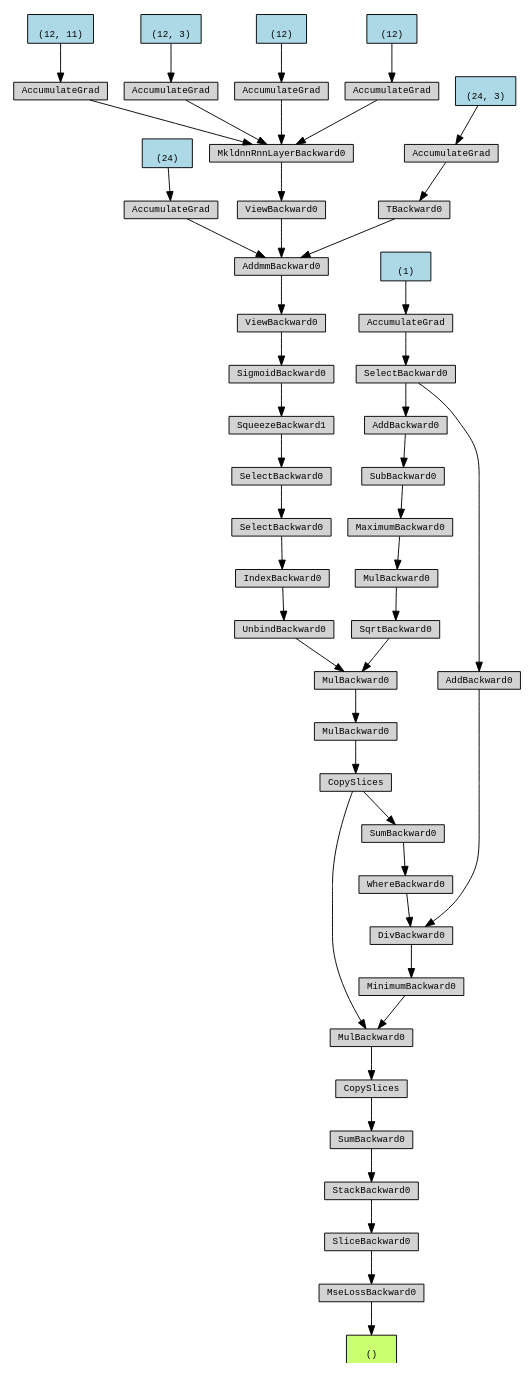
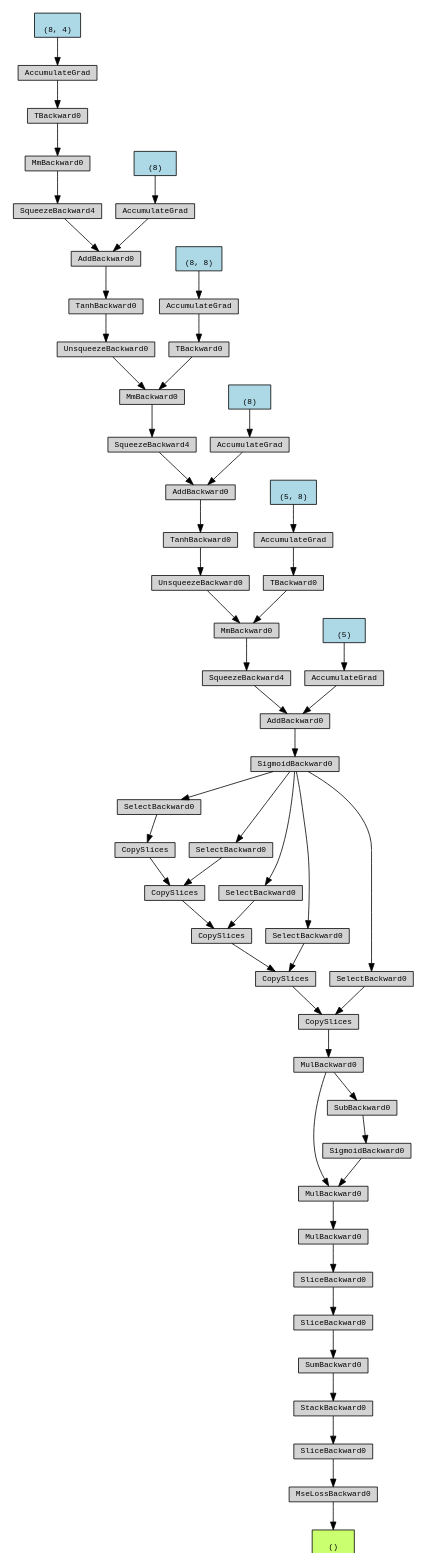
Before and after one commit to jmframe/nash_cascade_neural_network: the diagram in Digraph.gv, drawn with Graphviz. The commit also changed 9 other files, not shown here.

```diff
--- a/Digraph.gv
+++ b/Digraph.gv
@@ -1,105 +1,117 @@
 digraph {
-	graph [size="13.95,13.95"]
+	graph [size="15.899999999999999,15.899999999999999"]
 	node [align=left fontname=monospace fontsize=10 height=0.2 ranksep=0.1 shape=box style=filled]
-	140646855805344 [label="
+	139620082646240 [label="
  ()" fillcolor=darkolivegreen1]
-	140646691323968 [label=MseLossBackward0]
-	140646691325408 -> 140646691323968
-	140646691325408 [label=SliceBackward0]
-	140646691324496 -> 140646691325408
-	140646691324496 [label=StackBackward0]
-	140646691324016 -> 140646691324496
-	140646691324016 [label=SumBackward0]
-	140646691325312 -> 140646691324016
-	140646691325312 [label=CopySlices]
-	140646691325216 -> 140646691325312
-	140646691325216 [label=MulBackward0]
-	140646691325120 -> 140646691325216
-	140646691325120 [label=CopySlices]
-	140646691324976 -> 140646691325120
-	140646691324976 [label=MulBackward0]
-	140646691324880 -> 140646691324976
-	140646691324880 [label=MulBackward0]
-	140646691324784 -> 140646691324880
-	140646691324784 [label=UnbindBackward0]
-	140646691324640 -> 140646691324784
-	140646691324640 [label=IndexBackward0]
-	140646691324400 -> 140646691324640
-	140646691324400 [label=SelectBackward0]
-	140646691324304 -> 140646691324400
-	140646691324304 [label=SelectBackward0]
-	140646691324208 -> 140646691324304
-	140646691324208 [label=SqueezeBackward1]
-	140646691324112 -> 140646691324208
-	140646691324112 [label=SigmoidBackward0]
-	140646691325552 -> 140646691324112
-	140646691325552 [label=ViewBackward0]
-	140646691325648 -> 140646691325552
-	140646691325648 [label=AddmmBackward0]
-	140646691325744 -> 140646691325648
-	140646862848464 [label="
- (24)" fillcolor=lightblue]
-	140646862848464 -> 140646691325744
-	140646691325744 [label=AccumulateGrad]
-	140646691325696 -> 140646691325648
-	140646691325696 [label=ViewBackward0]
-	140646691325840 -> 140646691325696
-	140646691325840 [label=MkldnnRnnLayerBackward0]
-	140646691326032 -> 140646691325840
-	140646853257680 [label="
- (12, 11)" fillcolor=lightblue]
-	140646853257680 -> 140646691326032
-	140646691326032 [label=AccumulateGrad]
-	140646691325984 -> 140646691325840
-	140646869815024 [label="
- (12, 3)" fillcolor=lightblue]
-	140646869815024 -> 140646691325984
-	140646691325984 [label=AccumulateGrad]
-	140646691325936 -> 140646691325840
-	140646868924064 [label="
- (12)" fillcolor=lightblue]
-	140646868924064 -> 140646691325936
-	140646691325936 [label=AccumulateGrad]
-	140646691326080 -> 140646691325840
-	140646868910304 [label="
- (12)" fillcolor=lightblue]
-	140646868910304 -> 140646691326080
-	140646691326080 [label=AccumulateGrad]
-	140646691324736 -> 140646691325648
-	140646691324736 [label=TBackward0]
-	140646691326176 -> 140646691324736
-	140646870670352 [label="
- (24, 3)" fillcolor=lightblue]
-	140646870670352 -> 140646691326176
-	140646691326176 [label=AccumulateGrad]
-	140646691324832 -> 140646691324880
-	140646691324832 [label=SqrtBackward0]
-	140646691324352 -> 140646691324832
-	140646691324352 [label=MulBackward0]
-	140646691324160 -> 140646691324352
-	140646691324160 [label=MaximumBackward0]
-	140646691325600 -> 140646691324160
-	140646691325600 [label=SubBackward0]
-	140646691326128 -> 140646691325600
-	140646691326128 [label=AddBackward0]
-	140646691326224 -> 140646691326128
-	140646691326224 [label=SelectBackward0]
-	140646691326320 -> 140646691326224
-	140646848221472 [label="
- (1)" fillcolor=lightblue]
-	140646848221472 -> 140646691326320
-	140646691326320 [label=AccumulateGrad]
-	140646691325168 -> 140646691325216
-	140646691325168 [label=MinimumBackward0]
-	140646691325072 -> 140646691325168
-	140646691325072 [label=DivBackward0]
-	140646691324256 -> 140646691325072
-	140646691324256 [label=AddBackward0]
-	140646691326224 -> 140646691324256
-	140646691324592 -> 140646691325072
-	140646691324592 [label=WhereBackward0]
-	140646691324064 -> 140646691324592
-	140646691324064 [label=SumBackward0]
-	140646691325120 -> 140646691324064
-	140646691323968 -> 140646855805344
+	139620081099264 [label=MseLossBackward0]
+	139620081098880 -> 139620081099264
+	139620081098880 [label=SliceBackward0]
+	139620081099024 -> 139620081098880
+	139620081099024 [label=StackBackward0]
+	139620081099120 -> 139620081099024
+	139620081099120 [label=SumBackward0]
+	139620081098736 -> 139620081099120
+	139620081098736 [label=SliceBackward0]
+	139620081098640 -> 139620081098736
+	139620081098640 [label=SliceBackward0]
+	139620081098544 -> 139620081098640
+	139620081098544 [label=MulBackward0]
+	139620081098448 -> 139620081098544
+	139620081098448 [label=MulBackward0]
+	139620081098208 -> 139620081098448
+	139620081098208 [label=MulBackward0]
+	139620081098064 -> 139620081098208
+	139620081098064 [label=CopySlices]
+	139620081097968 -> 139620081098064
+	139620081097968 [label=CopySlices]
+	139620081097728 -> 139620081097968
+	139620081097728 [label=CopySlices]
+	139620081097584 -> 139620081097728
+	139620081097584 [label=CopySlices]
+	139620081097344 -> 139620081097584
+	139620081097344 [label=CopySlices]
+	139620081099408 -> 139620081097344
+	139620081099408 [label=SelectBackward0]
+	139620081099504 -> 139620081099408
+	139620081099504 [label=SigmoidBackward0]
+	139620081099600 -> 139620081099504
+	139620081099600 [label=AddBackward0]
+	139620081099696 -> 139620081099600
+	139620081099696 [label=SqueezeBackward4]
+	139620081099840 -> 139620081099696
+	139620081099840 [label=MmBackward0]
+	139620081099936 -> 139620081099840
+	139620081099936 [label=UnsqueezeBackward0]
+	139620081100080 -> 139620081099936
+	139620081100080 [label=TanhBackward0]
+	139620081100176 -> 139620081100080
+	139620081100176 [label=AddBackward0]
+	139620081100272 -> 139620081100176
+	139620081100272 [label=SqueezeBackward4]
+	139620081100416 -> 139620081100272
+	139620081100416 [label=MmBackward0]
+	139620081100512 -> 139620081100416
+	139620081100512 [label=UnsqueezeBackward0]
+	139620081100656 -> 139620081100512
+	139620081100656 [label=TanhBackward0]
+	139620081100752 -> 139620081100656
+	139620081100752 [label=AddBackward0]
+	139620081100848 -> 139620081100752
+	139620081100848 [label=SqueezeBackward4]
+	139620081100992 -> 139620081100848
+	139620081100992 [label=MmBackward0]
+	139620081101088 -> 139620081100992
+	139620081101088 [label=TBackward0]
+	139620081101184 -> 139620081101088
+	139620088375840 [label="
+ (8, 4)" fillcolor=lightblue]
+	139620088375840 -> 139620081101184
+	139620081101184 [label=AccumulateGrad]
+	139620081100800 -> 139620081100752
+	139620105227936 [label="
+ (8)" fillcolor=lightblue]
+	139620105227936 -> 139620081100800
+	139620081100800 [label=AccumulateGrad]
+	139620081100464 -> 139620081100416
+	139620081100464 [label=TBackward0]
+	139620081100560 -> 139620081100464
+	139620088030176 [label="
+ (8, 8)" fillcolor=lightblue]
+	139620088030176 -> 139620081100560
+	139620081100560 [label=AccumulateGrad]
+	139620081100224 -> 139620081100176
+	139620094284304 [label="
+ (8)" fillcolor=lightblue]
+	139620094284304 -> 139620081100224
+	139620081100224 [label=AccumulateGrad]
+	139620081099888 -> 139620081099840
+	139620081099888 [label=TBackward0]
+	139620081099984 -> 139620081099888
+	139620091891520 [label="
+ (5, 8)" fillcolor=lightblue]
+	139620091891520 -> 139620081099984
+	139620081099984 [label=AccumulateGrad]
+	139620081099648 -> 139620081099600
+	139620095619808 [label="
+ (5)" fillcolor=lightblue]
+	139620095619808 -> 139620081099648
+	139620081099648 [label=AccumulateGrad]
+	139620081097440 -> 139620081097584
+	139620081097440 [label=SelectBackward0]
+	139620081099504 -> 139620081097440
+	139620081097632 -> 139620081097728
+	139620081097632 [label=SelectBackward0]
+	139620081099504 -> 139620081097632
+	139620081097872 -> 139620081097968
+	139620081097872 [label=SelectBackward0]
+	139620081099504 -> 139620081097872
+	139620081098016 -> 139620081098064
+	139620081098016 [label=SelectBackward0]
+	139620081099504 -> 139620081098016
+	139620081098400 -> 139620081098448
+	139620081098400 [label=SigmoidBackward0]
+	139620081099456 -> 139620081098400
+	139620081099456 [label=SubBackward0]
+	139620081098208 -> 139620081099456
+	139620081099264 -> 139620082646240
 }
```
